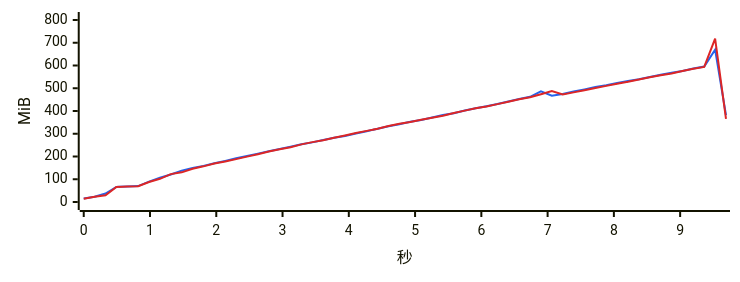
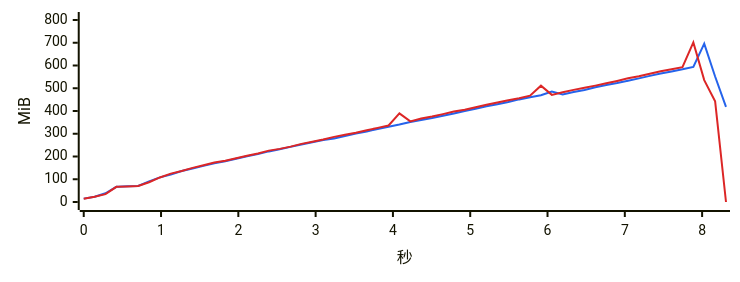
Before and after one commit to 334456777/WeFlow: the sixth of 17 diagrams in bench/v2.0.0/summary.md, drawn with Mermaid. The commit also changed other lines of this file and 3 other files, not shown here.

````diff
--- a/bench/v2.0.0/summary.md
+++ b/bench/v2.0.0/summary.md
@@ -345,8 +342,8 @@
 ```mermaid
 %%{init: {"xyChart": {"width": 720, "height": 260}, "themeVariables": {"xyChart": {"plotColorPalette": "#2563eb, #dc2626"}}}}%%
 xychart-beta
-    x-axis "秒" 0 --> 9.692
+    x-axis "秒" 0 --> 8.309
     y-axis "MiB" 0 --> 800
-    line [15.2, 23.3, 37.4, 66.5, 68.2, 69.8, 89.4, 106.5, 120.8, 137.9, 149.6, 158.7, 170.2, 180.7, 192.0, 202.0, 212.7, 223.0, 233.0, 243.4, 253.4, 262.1, 272.2, 282.1, 290.1, 301.0, 311.4, 322.1, 332.6, 341.6, 352.3, 360.5, 371.0, 382.0, 390.2, 402.1, 412.4, 421.2, 430.4, 442.1, 452.7, 462.4, 486.4, 467.4, 474.7, 485.3, 494.8, 505.1, 513.3, 523.5, 531.8, 539.9, 549.2, 559.4, 567.7, 576.0, 586.5, 595.2, 669.8, 381.6]
-    line [14.6, 22.7, 29.3, 66.1, 67.8, 69.4, 88.0, 101.9, 122.5, 130.4, 146.4, 156.7, 169.2, 177.7, 188.5, 199.5, 210.1, 221.8, 231.8, 240.9, 253.3, 263.1, 271.8, 282.4, 292.6, 303.1, 312.7, 321.7, 334.4, 344.4, 351.4, 361.8, 370.3, 379.0, 391.0, 401.6, 412.3, 419.7, 430.3, 440.6, 451.2, 460.1, 473.7, 487.4, 472.5, 481.8, 491.3, 501.1, 510.4, 520.0, 528.5, 538.5, 547.9, 557.3, 564.6, 575.6, 585.7, 593.8, 718.5, 365.8]
+    line [14.8, 22.9, 38.4, 66.8, 68.7, 70.3, 90.8, 108.4, 121.1, 136.3, 147.6, 158.9, 170.4, 179.0, 189.7, 201.0, 210.5, 222.4, 232.2, 242.3, 252.4, 262.3, 272.4, 279.6, 289.8, 301.0, 310.1, 320.8, 331.1, 340.4, 351.3, 360.4, 368.8, 379.0, 389.1, 400.4, 410.1, 420.6, 430.0, 439.3, 451.0, 460.2, 469.2, 485.8, 472.9, 483.2, 492.6, 504.2, 514.2, 523.0, 533.3, 543.4, 554.3, 564.5, 574.0, 583.1, 593.5, 696.1, 551.7, 418.3]
+    line [14.6, 22.7, 34.6, 66.7, 68.5, 70.2, 87.0, 107.9, 124.8, 136.2, 150.1, 161.6, 173.3, 181.6, 192.1, 203.3, 213.1, 225.9, 233.5, 243.3, 255.5, 264.6, 274.5, 286.2, 295.2, 304.5, 315.2, 325.8, 336.2, 389.3, 354.4, 366.7, 375.4, 386.3, 397.8, 405.6, 416.3, 427.5, 437.2, 447.3, 456.4, 467.6, 511.4, 470.9, 482.5, 492.9, 502.2, 511.6, 521.6, 532.2, 543.8, 552.6, 564.1, 574.5, 583.1, 592.6, 701.3, 535.8, 443.2, 0.0]
 ```
````
